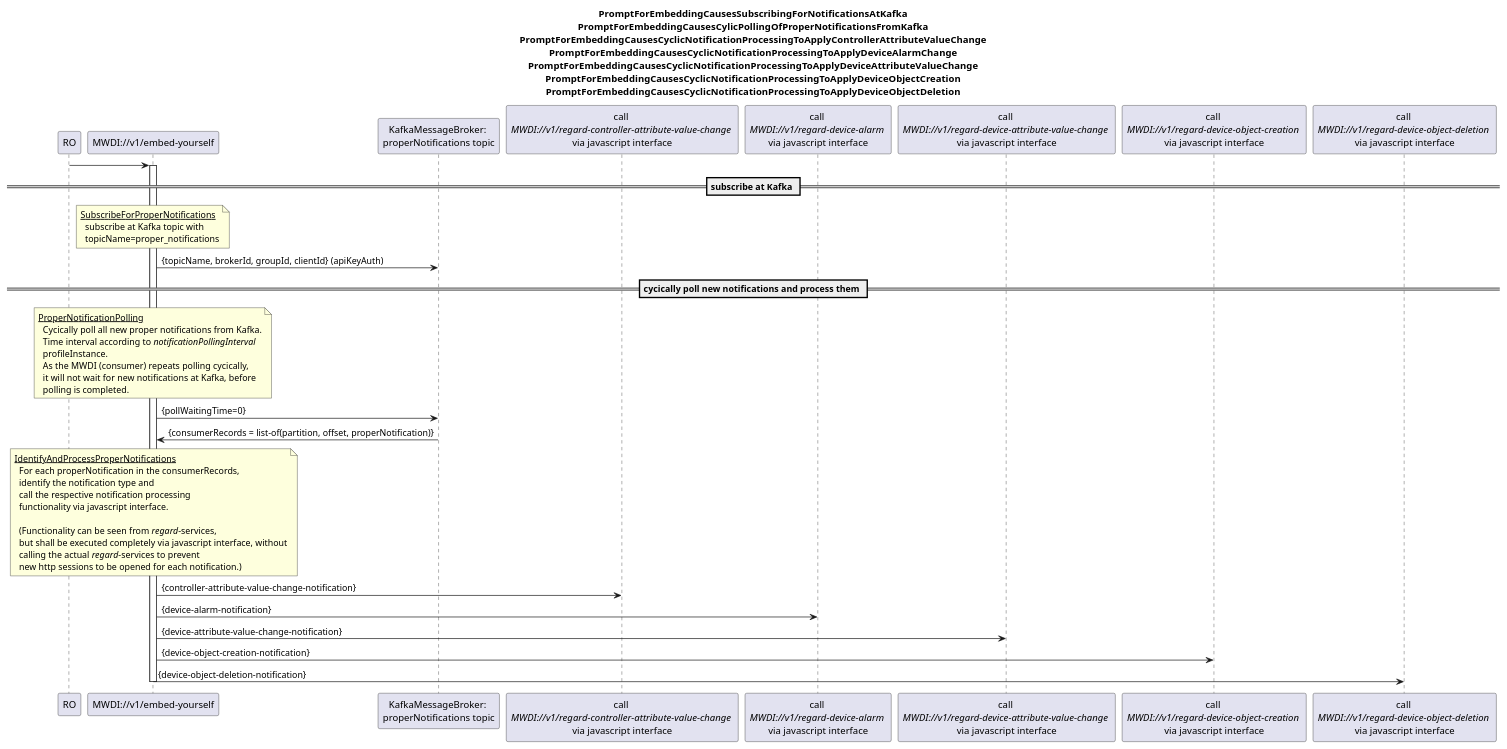
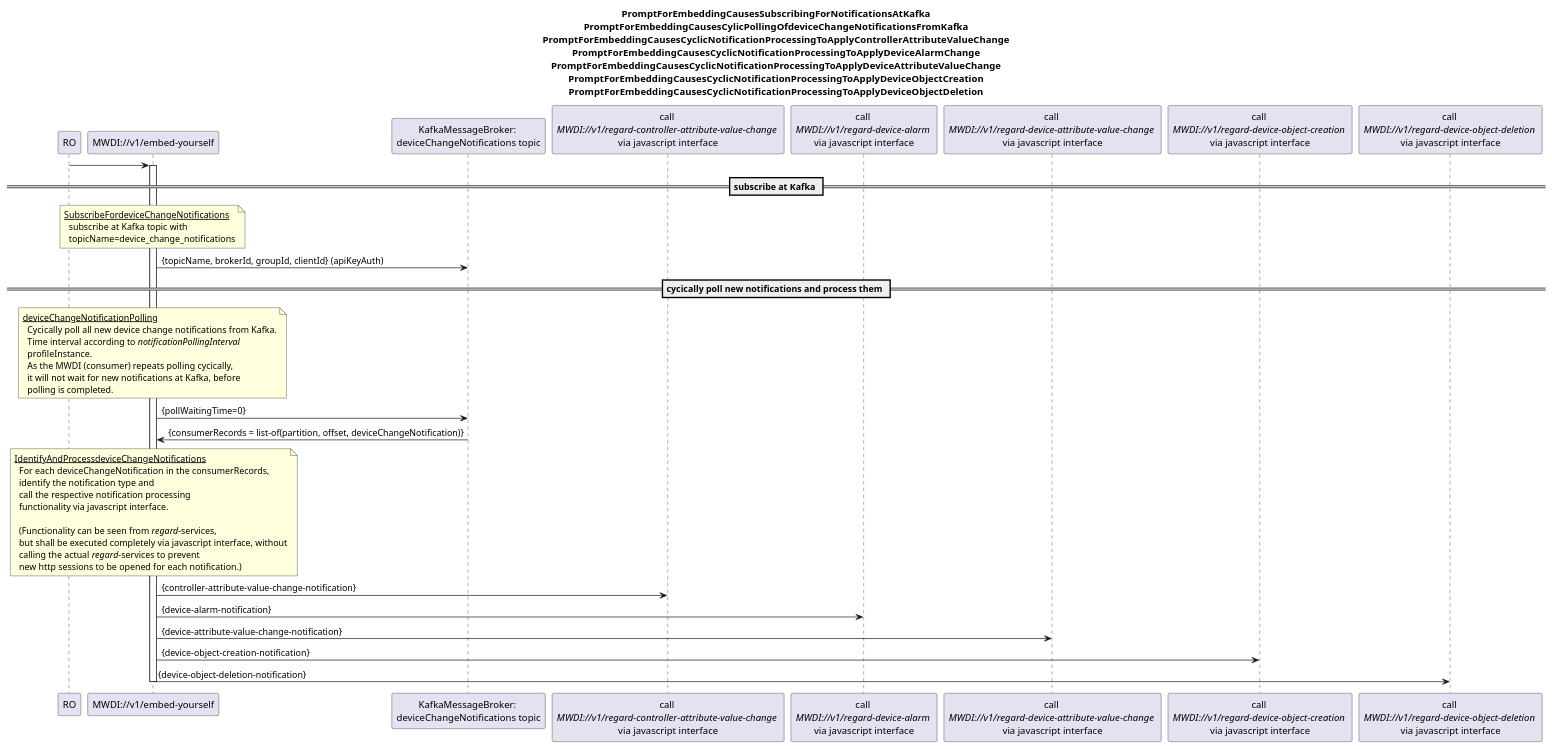
One commit to openBackhaul/MicroWaveDeviceInventory changed the diagram in spec/diagrams/01x_NotifcationPollingFromKafkaAndProcessing.plantuml. Above: the diagram before and after it, drawn with PlantUML. The commit also changed 7 other files, not shown here.

Commit message:
Rename proper_notifications topic to device_change_notifications Fixes #1333

```diff
--- a/spec/diagrams/01x_NotifcationPollingFromKafkaAndProcessing.plantuml
+++ b/spec/diagrams/01x_NotifcationPollingFromKafkaAndProcessing.plantuml
@@ -1,68 +1,68 @@
 @startuml 01x_NotificationPollingFromKafkaAndProcessing
 skinparam responseMessageBelowArrow true
 
 title 
 PromptForEmbeddingCausesSubscribingForNotificationsAtKafka
-PromptForEmbeddingCausesCylicPollingOfProperNotificationsFromKafka
+PromptForEmbeddingCausesCylicPollingOfdeviceChangeNotificationsFromKafka
 PromptForEmbeddingCausesCyclicNotificationProcessingToApplyControllerAttributeValueChange
 PromptForEmbeddingCausesCyclicNotificationProcessingToApplyDeviceAlarmChange
 PromptForEmbeddingCausesCyclicNotificationProcessingToApplyDeviceAttributeValueChange
 PromptForEmbeddingCausesCyclicNotificationProcessingToApplyDeviceObjectCreation
 PromptForEmbeddingCausesCyclicNotificationProcessingToApplyDeviceObjectDeletion
 end title
 
 participant "RO" as ro
 participant "MWDI://v1/embed-yourself" as mwdi
-participant "KafkaMessageBroker: \nproperNotifications topic" as kafka
+participant "KafkaMessageBroker: \ndeviceChangeNotifications topic" as kafka
 participant "call \n<i>MWDI://v1/regard-controller-attribute-value-change </i>\nvia javascript interface" as regardCtrlAttChange
 participant "call \n<i>MWDI://v1/regard-device-alarm </i>\nvia javascript interface" as regardAlarm
 participant "call \n<i>MWDI://v1/regard-device-attribute-value-change </i>\nvia javascript interface" as regardDevAttChange
 participant "call \n<i>MWDI://v1/regard-device-object-creation </i>\nvia javascript interface" as regardDevObjCreation
 participant "call \n<i>MWDI://v1/regard-device-object-deletion </i>\nvia javascript interface" as regardDevObjDeletion
 
 ro -> mwdi
 activate mwdi
 
 
 == subscribe at Kafka ==
 note over mwdi
-<u>SubscribeForProperNotifications</u>
+<u>SubscribeFordeviceChangeNotifications</u>
   subscribe at Kafka topic with
-  topicName=proper_notifications
+  topicName=device_change_notifications
 end note
 mwdi -> kafka: {topicName, brokerId, groupId, clientId} (apiKeyAuth)
 
 == cycically poll new notifications and process them ==
 note over mwdi
-<u>ProperNotificationPolling</u>
-  Cycically poll all new proper notifications from Kafka.
+<u>deviceChangeNotificationPolling</u>
+  Cycically poll all new device change notifications from Kafka.
   Time interval according to <i>notificationPollingInterval</i>
   profileInstance.
   As the MWDI (consumer) repeats polling cycically,
   it will not wait for new notifications at Kafka, before
   polling is completed.
 end note
 mwdi -> kafka: {pollWaitingTime=0}
-kafka -> mwdi: {consumerRecords = list-of(partition, offset, properNotification)}
+kafka -> mwdi: {consumerRecords = list-of(partition, offset, deviceChangeNotification)}
 
 note over mwdi
-<u>IdentifyAndProcessProperNotifications</u>
-  For each properNotification in the consumerRecords,
+<u>IdentifyAndProcessdeviceChangeNotifications</u>
+  For each deviceChangeNotification in the consumerRecords,
   identify the notification type and 
   call the respective notification processing
   functionality via javascript interface.
 
   (Functionality can be seen from <i>regard</i>-services,
   but shall be executed completely via javascript interface, without
   calling the actual <i>regard</i>-services to prevent
   new http sessions to be opened for each notification.)
 end note
 mwdi -> regardCtrlAttChange: {controller-attribute-value-change-notification}
 mwdi -> regardAlarm: {device-alarm-notification}
 mwdi -> regardDevAttChange: {device-attribute-value-change-notification}
 mwdi -> regardDevObjCreation: {device-object-creation-notification}
 mwdi -> regardDevObjDeletion: {device-object-deletion-notification}
 
 deactivate mwdi
 
 @enduml
```
